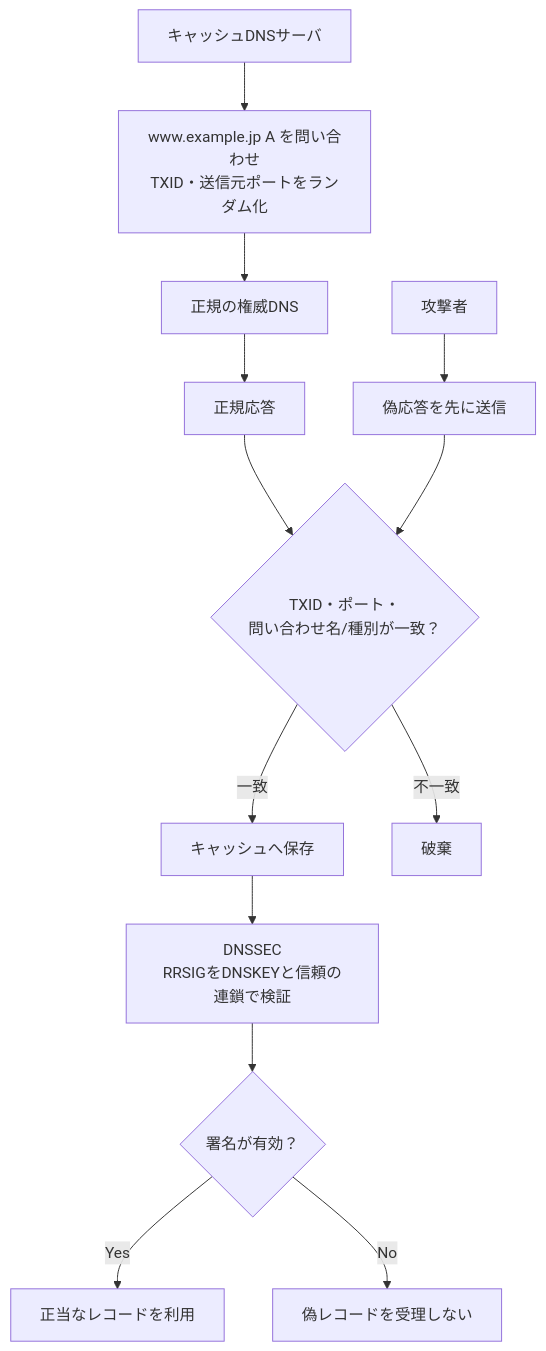
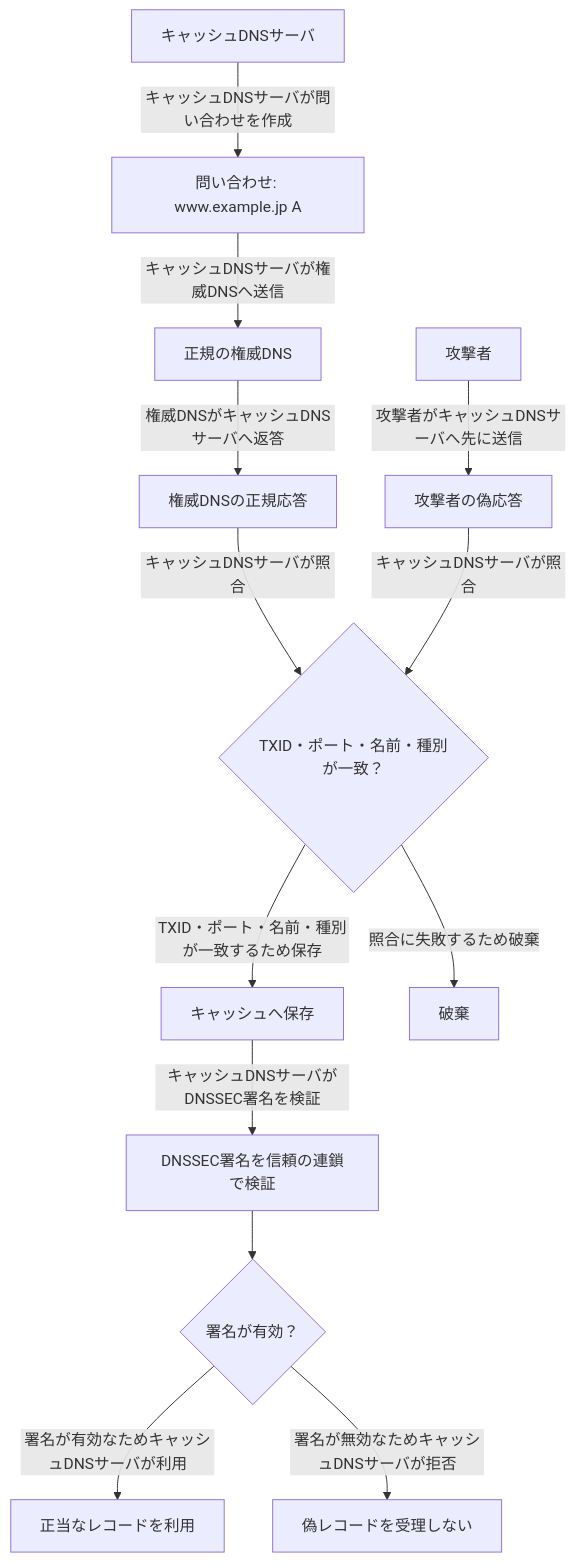
Before and after one commit to ShuntaSakai/security-specialist-study: the diagram in 復習用/DNSキャッシュポイズニングとDNSSEC.md, drawn with Mermaid. The commit also changed 9 other files, not shown here.

Commit message:
docs: 復習図の主体と操作を明確化

````diff
--- a/復習用/DNSキャッシュポイズニングとDNSSEC.md
+++ b/復習用/DNSキャッシュポイズニングとDNSSEC.md
@@ -3,24 +3,28 @@
 ```mermaid
 flowchart TB
     RESOLVER["キャッシュDNSサーバ"]
     AUTH["正規の権威DNS"]
     ATTACKER["攻撃者"]
-    QUERY["www.example.jp A を問い合わせ<br/>TXID・送信元ポートをランダム化"]
-    RESPONSE["正規応答"]
-    FAKE["偽応答を先に送信"]
-    MATCH{"TXID・ポート・<br/>問い合わせ名/種別が一致？"}
+    QUERY["問い合わせ: www.example.jp A"]
+    RESPONSE["権威DNSの正規応答"]
+    FAKE["攻撃者の偽応答"]
+    MATCH{"TXID・ポート・名前・種別が一致？"}
     CACHE["キャッシュへ保存"]
     DROP["破棄"]
 
-    RESOLVER --> QUERY --> AUTH
-    AUTH --> RESPONSE --> MATCH
-    ATTACKER --> FAKE --> MATCH
-    MATCH -->|"一致"| CACHE
-    MATCH -->|"不一致"| DROP
+    RESOLVER -->|"キャッシュDNSサーバが問い合わせを作成"| QUERY
+    QUERY -->|"キャッシュDNSサーバが権威DNSへ送信"| AUTH
+    AUTH -->|"権威DNSがキャッシュDNSサーバへ返答"| RESPONSE
+    RESPONSE -->|"キャッシュDNSサーバが照合"| MATCH
+    ATTACKER -->|"攻撃者がキャッシュDNSサーバへ先に送信"| FAKE
+    FAKE -->|"キャッシュDNSサーバが照合"| MATCH
+    MATCH -->|"TXID・ポート・名前・種別が一致するため保存"| CACHE
+    MATCH -->|"照合に失敗するため破棄"| DROP
 
-    SIGN["DNSSEC<br/>RRSIGをDNSKEYと信頼の連鎖で検証"]
+    SIGN["DNSSEC署名を信頼の連鎖で検証"]
     VALID{"署名が有効？"}
-    CACHE --> SIGN --> VALID
-    VALID -->|"Yes"| ACCEPT["正当なレコードを利用"]
-    VALID -->|"No"| REJECT["偽レコードを受理しない"]
+    CACHE -->|"キャッシュDNSサーバがDNSSEC署名を検証"| SIGN
+    SIGN --> VALID
+    VALID -->|"署名が有効なためキャッシュDNSサーバが利用"| ACCEPT["正当なレコードを利用"]
+    VALID -->|"署名が無効なためキャッシュDNSサーバが拒否"| REJECT["偽レコードを受理しない"]
 ```
````
